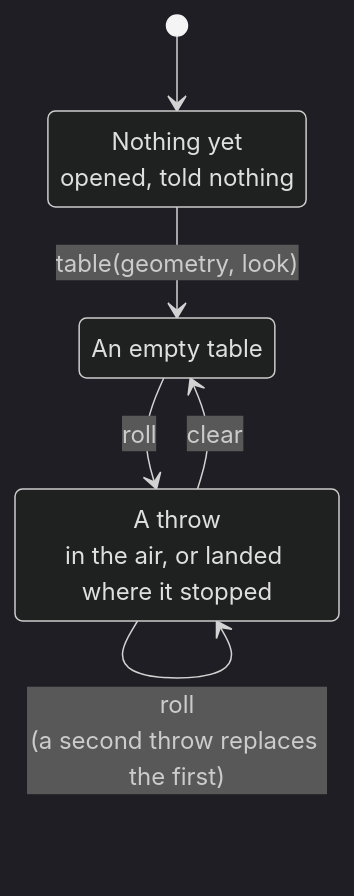
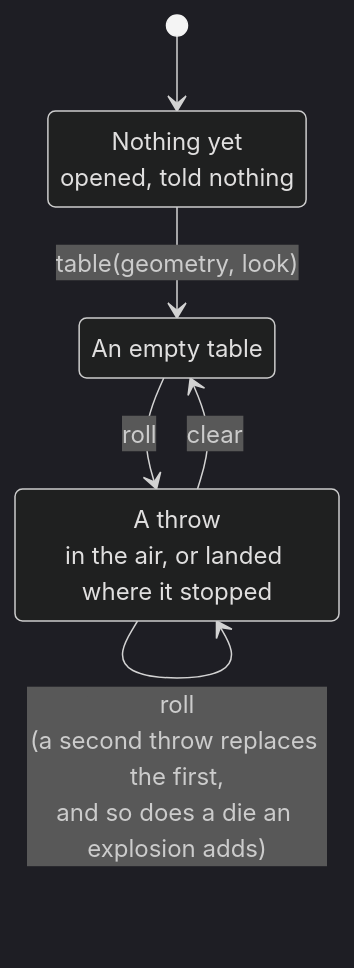
The fourth of 7 diagrams in docs/architecture.md (drehtuer/dInfinityApp), drawn with Mermaid (dark theme) before and after one commit. The commit also changed other lines of this file and 5 other files, not shown here.

````diff
--- a/docs/architecture.md
+++ b/docs/architecture.md
@@ -441,12 +451,12 @@
 ```mermaid
 stateDiagram-v2
     [*] --> Nothing
     Nothing: Nothing yet<br/>opened, told nothing
     Table: An empty table
     Throw: A throw<br/>in the air, or landed where it stopped
 
     Nothing --> Table: table(geometry, look)
     Table --> Throw: roll
-    Throw --> Throw: roll<br/>(a second throw replaces the first)
+    Throw --> Throw: roll<br/>(a second throw replaces the first,<br/>and so does a die an explosion adds)
     Throw --> Table: clear
 ```
````
